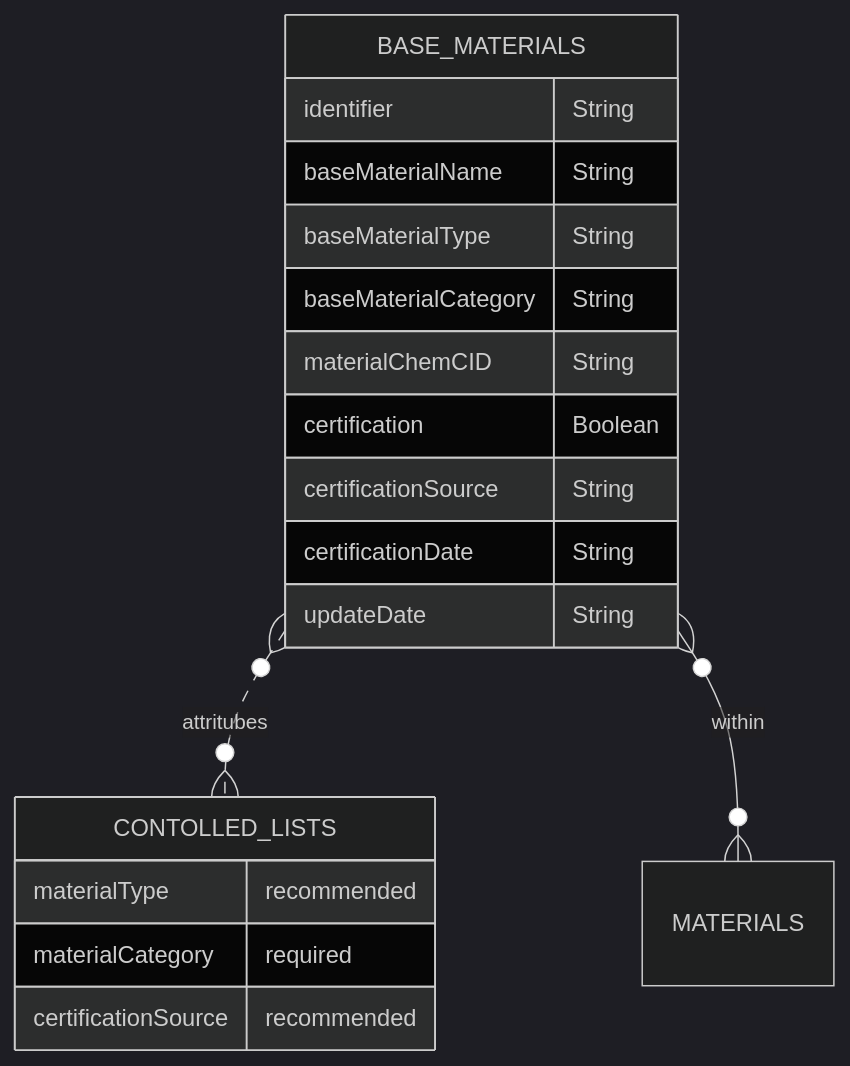
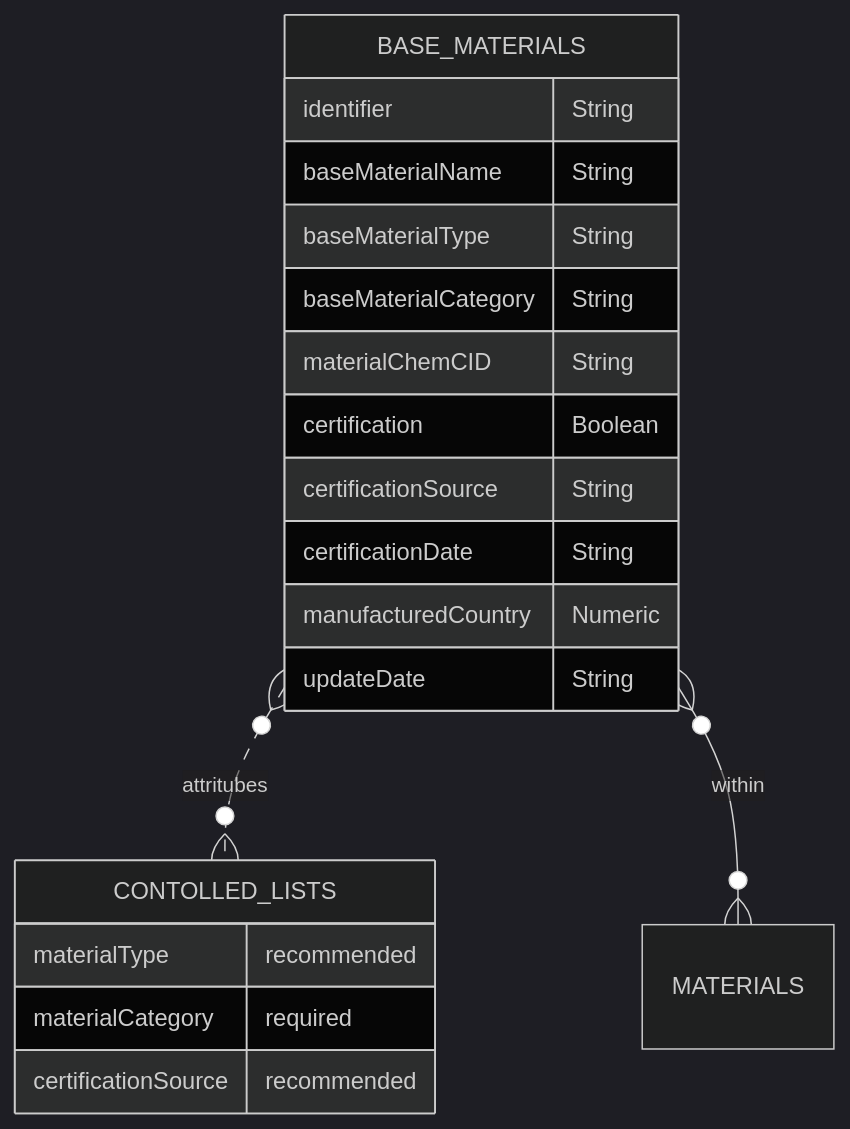
Before and after one commit to OpenDataManchester/Open3P: the diagram in docs/3_Data_Specification/3_1_Base_Materials.md, drawn with Mermaid (dark theme).

Commit message:
Added country to Base Materials

````diff
--- a/docs/3_Data_Specification/3_1_Base_Materials.md
+++ b/docs/3_Data_Specification/3_1_Base_Materials.md
@@ -25,21 +25,22 @@
 ``` mermaid
 erDiagram
   BASE_MATERIALS {
     identifier String
     baseMaterialName String
     baseMaterialType String
     baseMaterialCategory String
     materialChemCID String
     certification Boolean
     certificationSource String
     certificationDate String
+    manufacturedCountry Numeric
     updateDate String
   }
   BASE_MATERIALS }o..o{ CONTOLLED_LISTS : attritubes
   BASE_MATERIALS }o--o{ MATERIALS : within
       CONTOLLED_LISTS {
     materialType recommended
     materialCategory required
     certificationSource recommended
   }
 ```
````
